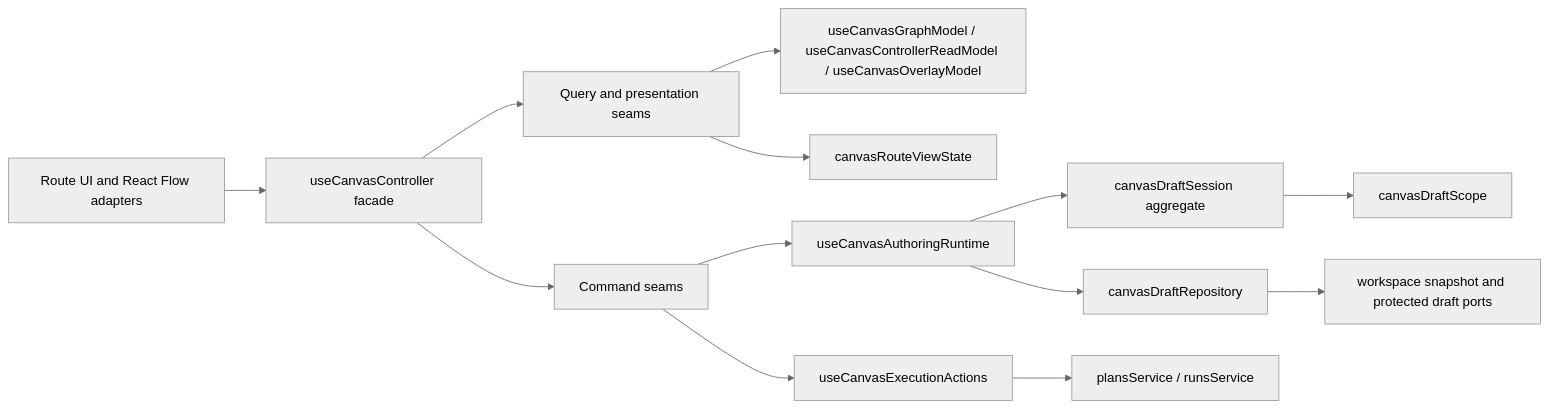
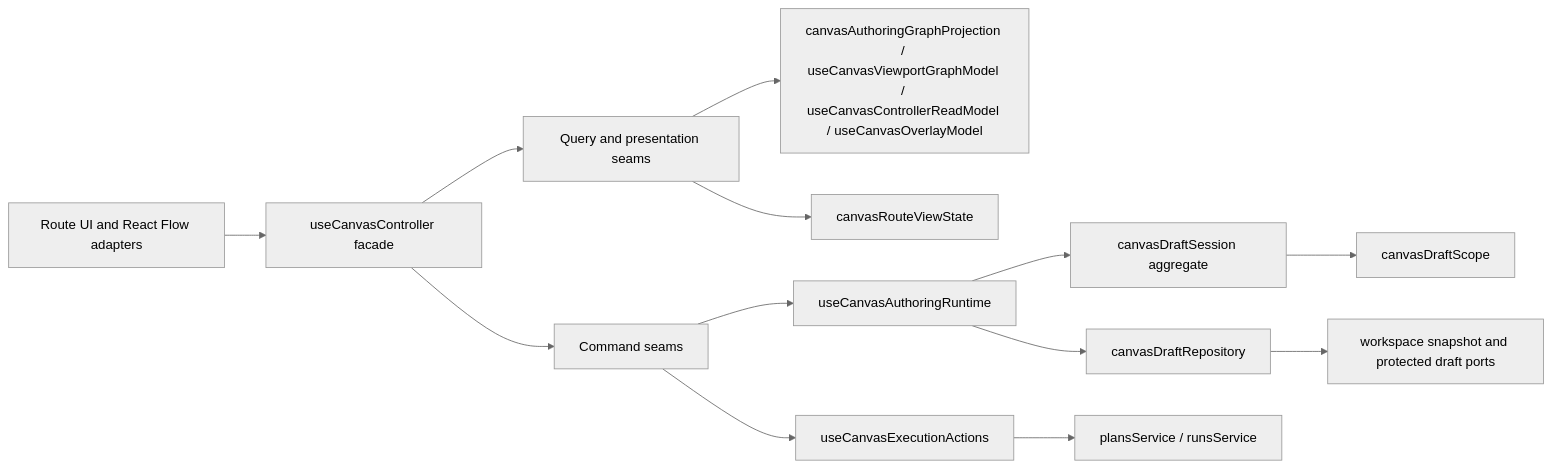
The third of 3 diagrams in docs/architecture/components/web/graph/canvas-controller-current-to-target-architecture.md (dunay2/dvt), drawn with Mermaid (neutral theme) before and after one commit. The commit also changed other lines of this file and 119 other files, not shown here.

Commit message:
refactor(web): Hard-cut canvas runtime truth and authoring seams

````diff
--- a/docs/architecture/components/web/graph/canvas-controller-current-to-target-architecture.md
+++ b/docs/architecture/components/web/graph/canvas-controller-current-to-target-architecture.md
@@ -177,18 +178,18 @@
 ```mermaid
 flowchart LR
   UI["Route UI and React Flow adapters"] --> Controller["useCanvasController facade"]
   Controller --> Query["Query and presentation seams"]
   Controller --> Commands["Command seams"]
 
-  Query --> Projection["useCanvasGraphModel / useCanvasControllerReadModel / useCanvasOverlayModel"]
+  Query --> Projection["canvasAuthoringGraphProjection / useCanvasViewportGraphModel / useCanvasControllerReadModel / useCanvasOverlayModel"]
   Query --> RouteState["canvasRouteViewState"]
 
   Commands --> Runtime["useCanvasAuthoringRuntime"]
   Commands --> Execution["useCanvasExecutionActions"]
 
   Runtime --> Session["canvasDraftSession aggregate"]
   Runtime --> Repository["canvasDraftRepository"]
   Session --> Scope["canvasDraftScope"]
   Execution --> Ports["plansService / runsService"]
   Repository --> Workspace["workspace snapshot and protected draft ports"]
 ```
````
